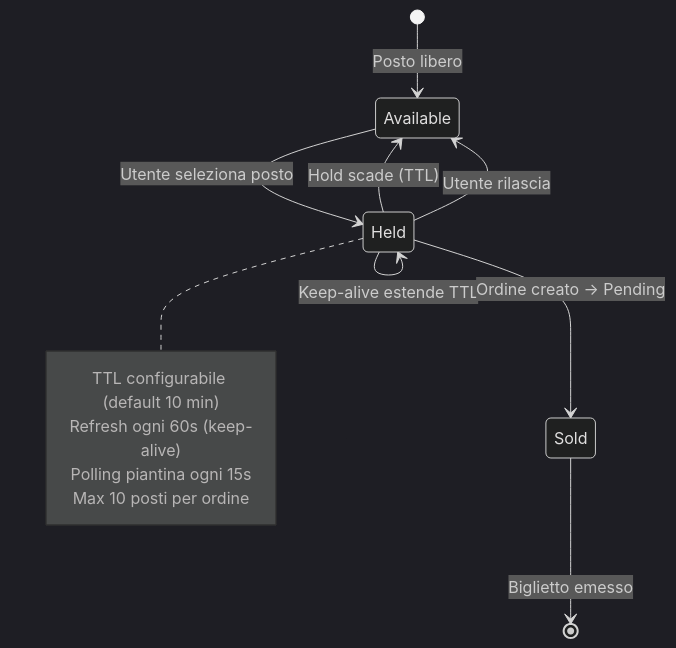
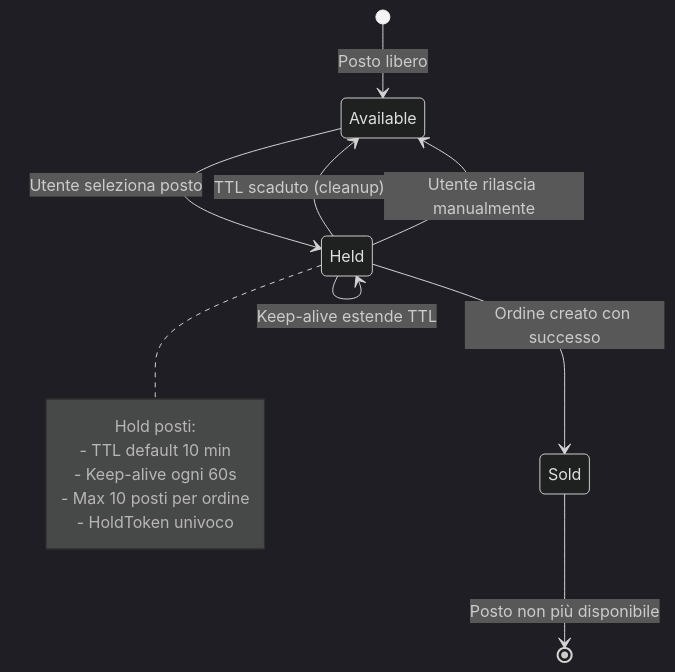
Before and after one commit to RizzoThomas/esercizioopencodefilm: the second of 2 diagrams in film-app-dev_iteration_4/presentazione/05-acquisto-biglietti.md, drawn with Mermaid (dark theme). The commit also changed other lines of this file and 10 other files, not shown here.

Commit message:
docs: enhance presentazione with tables, pie charts, and detailed workflows

````diff
--- a/film-app-dev_iteration_4/presentazione/05-acquisto-biglietti.md
+++ b/film-app-dev_iteration_4/presentazione/05-acquisto-biglietti.md
@@ -152,17 +119,20 @@
 ```mermaid
 stateDiagram-v2
     [*] --> Available: Posto libero
+    
     Available --> Held: Utente seleziona posto
-    Held --> Available: Hold scade (TTL)
-    Held --> Available: Utente rilascia
+    note right of Held
+        Hold posti:
+        - TTL default 10 min
+        - Keep-alive ogni 60s
+        - Max 10 posti per ordine
+        - HoldToken univoco
+    end note
+    
+    Held --> Available: TTL scaduto (cleanup)
+    Held --> Available: Utente rilascia manualmente
     Held --> Held: Keep-alive estende TTL
-    Held --> Sold: Ordine creato → Pending
-    Sold --> [*]: Biglietto emesso
-
-    note right of Held
-        TTL configurabile (default 10 min)
-        Refresh ogni 60s (keep-alive)
-        Polling piantina ogni 15s
-        Max 10 posti per ordine
-    end note
+    
+    Held --> Sold: Ordine creato con successo
+    Sold --> [*]: Posto non più disponibile
 ```
````
